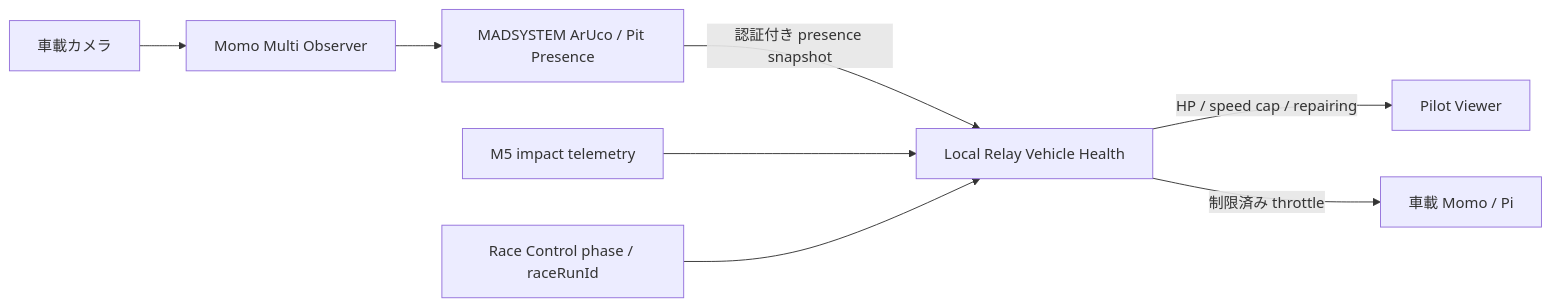
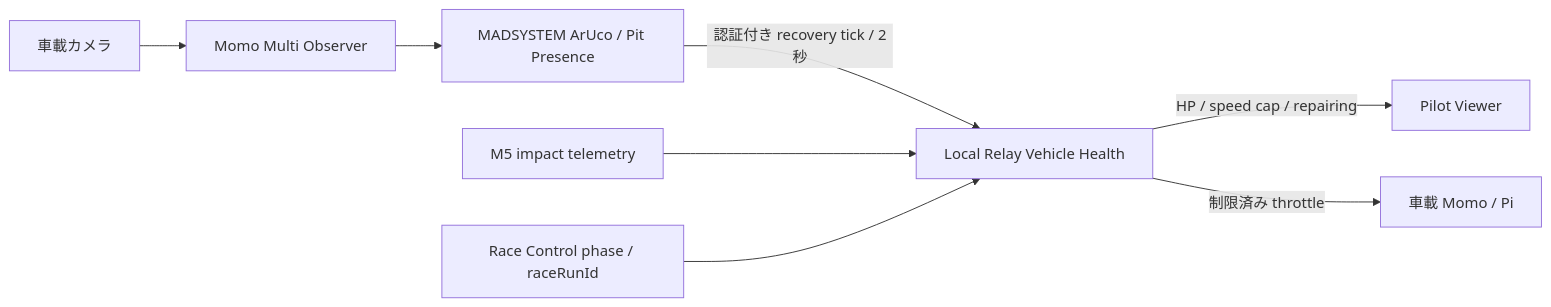
One commit to fumimatsu/momo changed the diagram in doc/PIT_LANE_DAMAGE_RECOVERY_DESIGN.md. Above: the diagram before and after it, drawn with Mermaid. The commit also changed other lines of this file and 7 other files, not shown here.

````diff
--- a/doc/PIT_LANE_DAMAGE_RECOVERY_DESIGN.md
+++ b/doc/PIT_LANE_DAMAGE_RECOVERY_DESIGN.md
@@ -75,10 +75,10 @@
 ```mermaid
 flowchart LR
   C["車載カメラ"] --> O["Momo Multi Observer"]
   O --> M["MADSYSTEM ArUco / Pit Presence"]
-  M -->|"認証付き presence snapshot"| R["Local Relay Vehicle Health"]
+  M -->|"認証付き recovery tick / 2秒"| R["Local Relay Vehicle Health"]
   T["M5 impact telemetry"] --> R
   S["Race Control phase / raceRunId"] --> R
   R -->|"HP / speed cap / repairing"| V["Pilot Viewer"]
   R -->|"制限済み throttle"| P["車載 Momo / Pi"]
 ```
````
